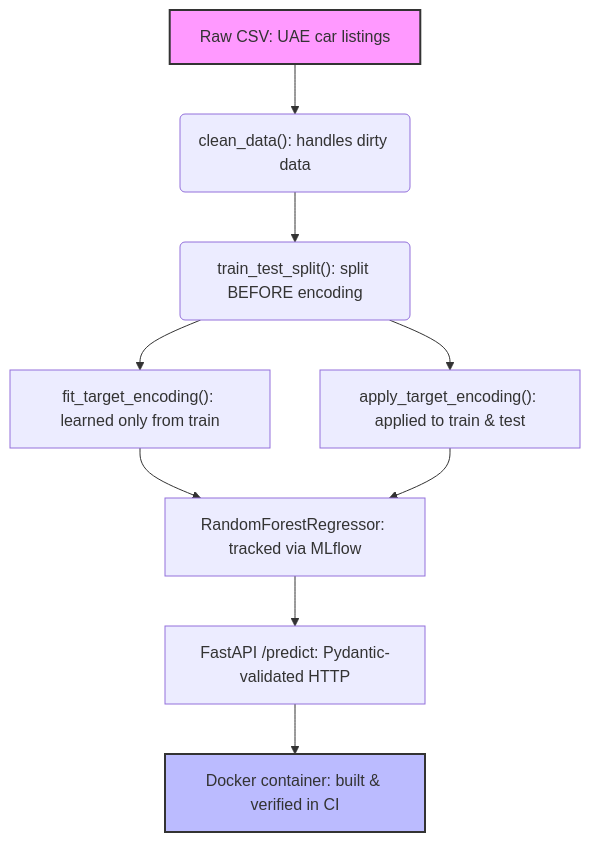
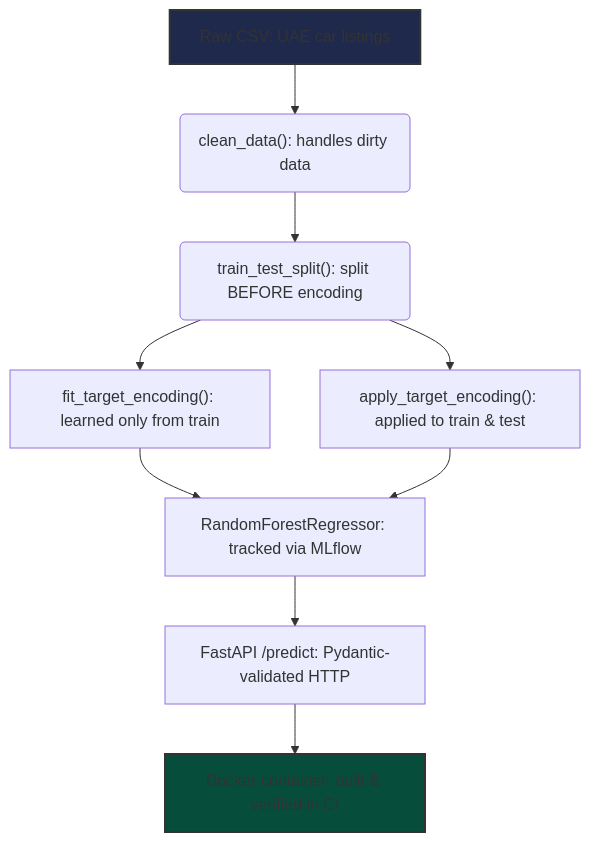
Before and after one commit to Moazzam-Matin/Gulf_Auto_Price_Intelligence: the diagram in README.md, drawn with Mermaid.

Commit message:
Rewrite README to document MLOps pipeline

````diff
--- a/README.md
+++ b/README.md
@@ -21,17 +21,17 @@
 ```mermaid
 graph TD
     A["Raw CSV: UAE car listings"] --> B("clean_data(): handles dirty data")
     B --> C("train_test_split(): split BEFORE encoding")
 
     C --> D["fit_target_encoding(): learned only from train"]
     C --> E["apply_target_encoding(): applied to train & test"]
 
     D --> F["RandomForestRegressor: tracked via MLflow"]
     E --> F
 
     F --> G["FastAPI /predict: Pydantic-validated HTTP"]
     G --> H["Docker container: built & verified in CI"]
 
-    style A fill:#f9f,stroke:#333,stroke-width:2px
-    style H fill:#bbf,stroke:#333,stroke-width:2px
+    style A fill:#1f294b,stroke:#333,stroke-width:2px
+    style H fill:#064e3b,stroke:#333,stroke-width:2px
 ```
````
